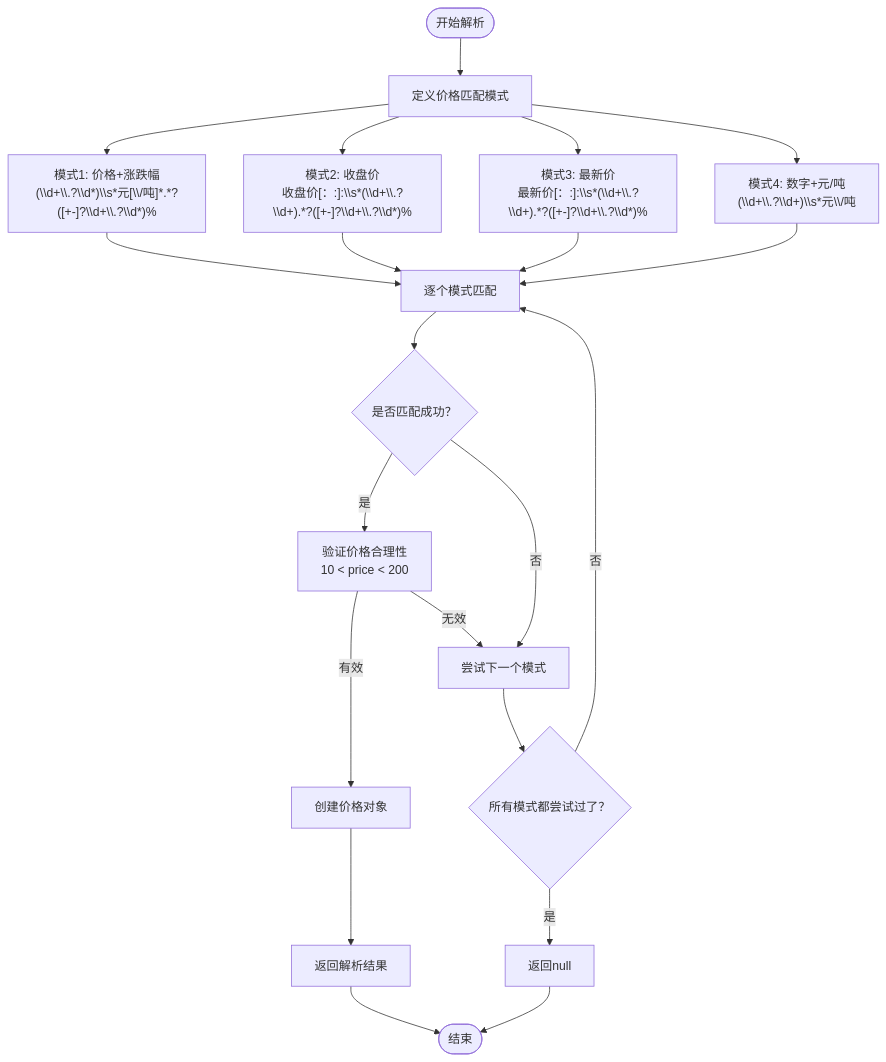
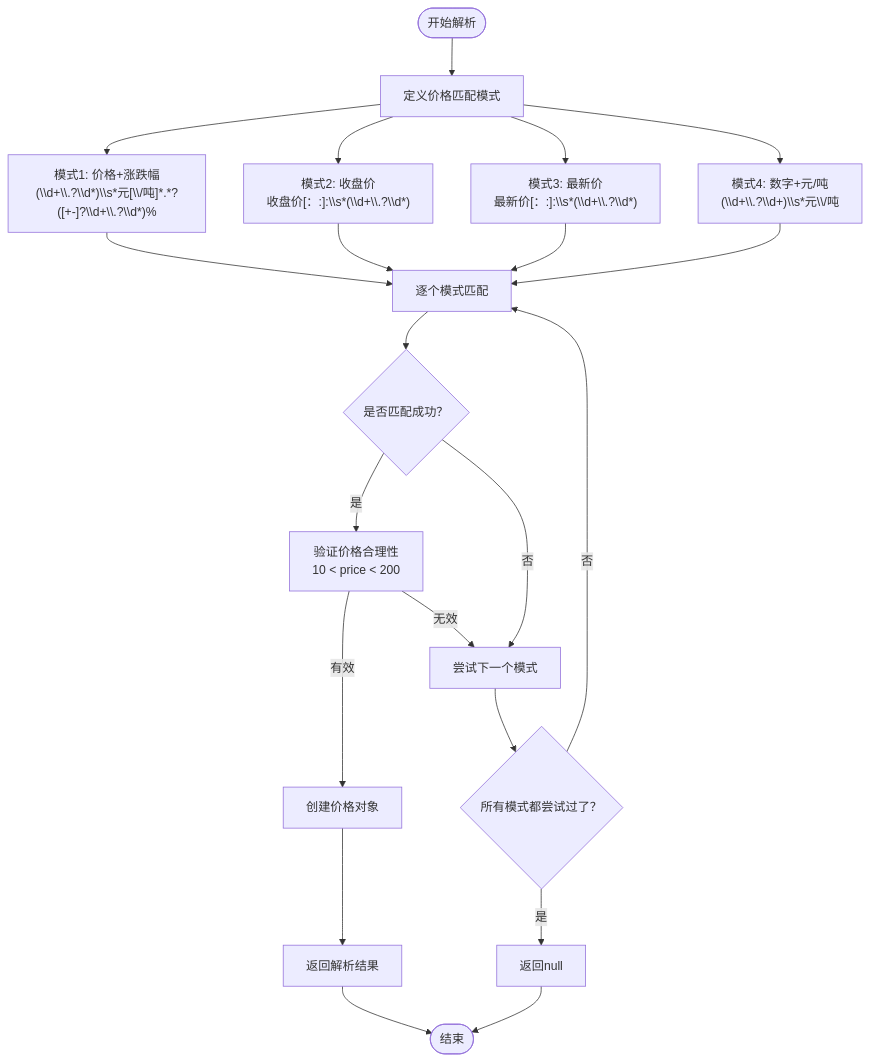
Diagram 14 of 17 in .qoder/repowiki/zh/content/功能模块/碳价格监控模块.md (liangxuanliang-cmd/carbon-info-agent), drawn with Mermaid before and after one commit. The commit also changed other lines of this file and 8 other files, not shown here.

````diff
--- a/.qoder/repowiki/zh/content/功能模块/碳价格监控模块.md
+++ b/.qoder/repowiki/zh/content/功能模块/碳价格监控模块.md
@@ -540,23 +682,23 @@
 ```mermaid
 flowchart TD
 Start([开始解析]) --> DefinePatterns["定义价格匹配模式"]
 DefinePatterns --> Pattern1["模式1: 价格+涨跌幅<br/>(\\d+\\.?\\d*)\\s*元[\\/吨]*.*?([+-]?\\d+\\.?\\d*)%"]
-DefinePatterns --> Pattern2["模式2: 收盘价<br/>收盘价[：:]:\\s*(\\d+\\.?\\d+).*?([+-]?\\d+\\.?\\d*)%"]
-DefinePatterns --> Pattern3["模式3: 最新价<br/>最新价[：:]:\\s*(\\d+\\.?\\d+).*?([+-]?\\d+\\.?\\d*)%"]
+DefinePatterns --> Pattern2["模式2: 收盘价<br/>收盘价[：:]:\\s*(\\d+\\.?\\d*)"]
+DefinePatterns --> Pattern3["模式3: 最新价<br/>最新价[：:]:\\s*(\\d+\\.?\\d*)"]
 DefinePatterns --> Pattern4["模式4: 数字+元/吨<br/>(\\d+\\.?\\d+)\\s*元\\/吨"]
 Pattern1 --> MatchLoop["逐个模式匹配"]
 Pattern2 --> MatchLoop
 Pattern3 --> MatchLoop
 Pattern4 --> MatchLoop
 MatchLoop --> CheckMatch{"是否匹配成功？"}
 CheckMatch --> |是| ValidatePrice["验证价格合理性<br/>10 < price < 200"]
 CheckMatch --> |否| NextPattern["尝试下一个模式"]
 ValidatePrice --> |有效| CreateObject["创建价格对象"]
 ValidatePrice --> |无效| NextPattern
 CreateObject --> ReturnResult["返回解析结果"]
 NextPattern --> CheckAllPatterns{"所有模式都尝试过了？"}
 CheckAllPatterns --> |否| MatchLoop
 CheckAllPatterns --> |是| ReturnNull["返回null"]
 ReturnNull --> End([结束])
 ReturnResult --> End
 ```
````
